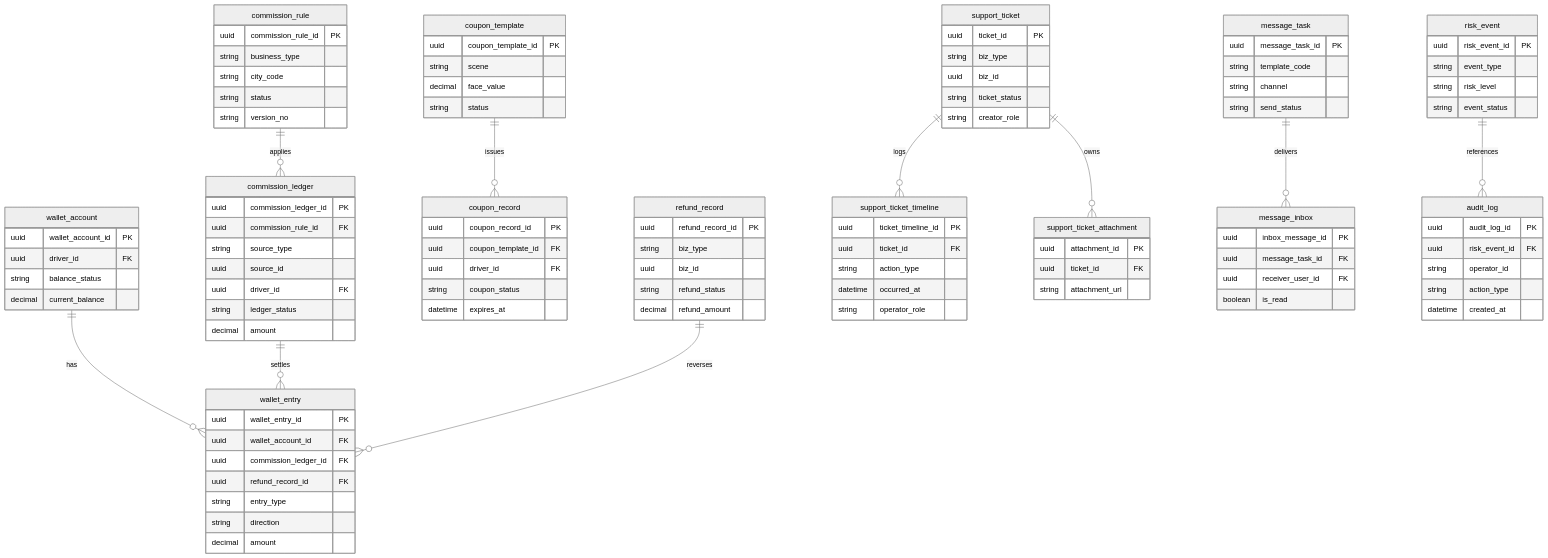
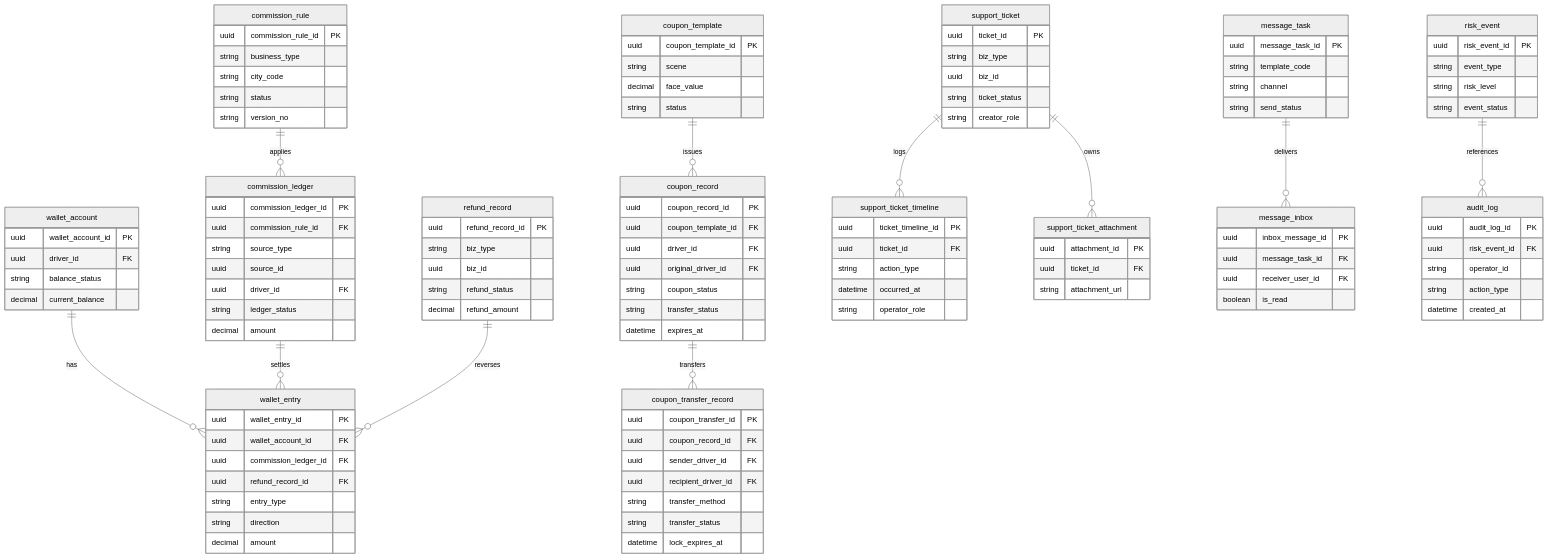
One commit to uroborus2s/ride-loop changed the fourth of 5 diagrams in docs/04-project-development/04-design/database-er-diagram.md. Above: the diagram before and after it, drawn with Mermaid (neutral theme). The commit also changed other lines of this file and 58 other files, not shown here.

```diff
--- a/docs/04-project-development/04-design/database-er-diagram.md
+++ b/docs/04-project-development/04-design/database-er-diagram.md
@@ -206,6 +206,7 @@
     commission_rule ||--o{ commission_ledger : applies
     wallet_account ||--o{ wallet_entry : has
     coupon_template ||--o{ coupon_record : issues
+    coupon_record ||--o{ coupon_transfer_record : transfers
     commission_ledger ||--o{ wallet_entry : settles
     refund_record ||--o{ wallet_entry : reverses
     support_ticket ||--o{ support_ticket_timeline : logs
@@ -254,8 +255,19 @@
       uuid coupon_record_id PK
       uuid coupon_template_id FK
       uuid driver_id FK
+      uuid original_driver_id FK
       string coupon_status
+      string transfer_status
       datetime expires_at
+    }
+    coupon_transfer_record {
+      uuid coupon_transfer_id PK
+      uuid coupon_record_id FK
+      uuid sender_driver_id FK
+      uuid recipient_driver_id FK
+      string transfer_method
+      string transfer_status
+      datetime lock_expires_at
     }
     refund_record {
       uuid refund_record_id PK
```
